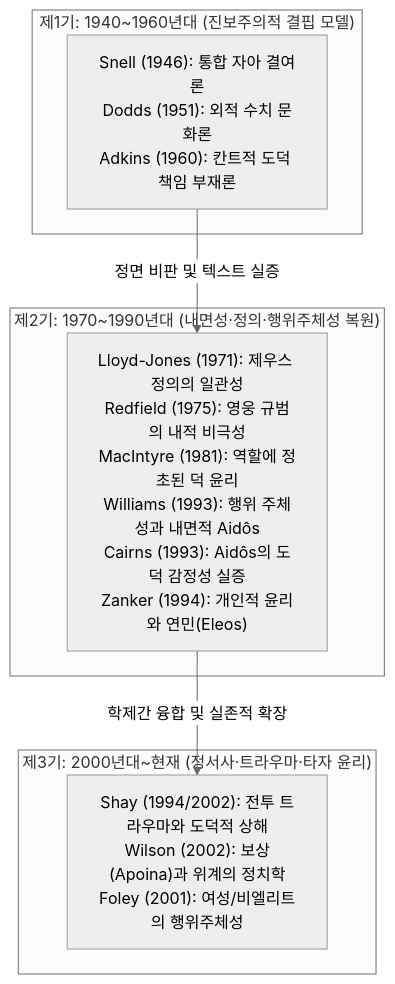
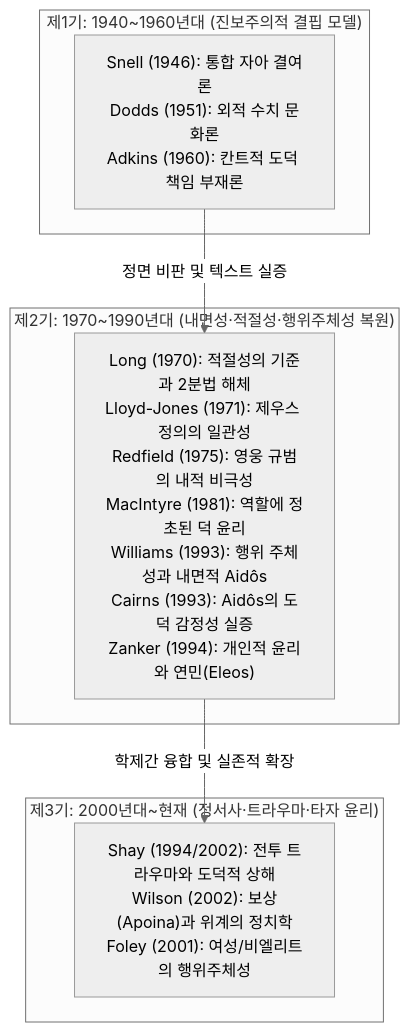
One commit to YgHnSIM/Homer_wiki changed the third of 3 diagrams in wiki/analyses/homeric-ethics-literature-review.md. Above: the diagram before and after it, drawn with Mermaid (neutral theme). The commit also changed other lines of this file and 6 other files, not shown here.

````diff
--- a/wiki/analyses/homeric-ethics-literature-review.md
+++ b/wiki/analyses/homeric-ethics-literature-review.md
@@ -163,17 +164,17 @@
 ```mermaid
 graph TD
     subgraph "제1기: 1940~1960년대 (진보주의적 결핍 모델)"
         P1["Snell (1946): 통합 자아 결여론<br/>Dodds (1951): 외적 수치 문화론<br/>Adkins (1960): 칸트적 도덕 책임 부재론"]
     end
 
-    subgraph "제2기: 1970~1990년대 (내면성·정의·행위주체성 복원)"
-        P2["Lloyd-Jones (1971): 제우스 정의의 일관성<br/>Redfield (1975): 영웅 규범의 내적 비극성<br/>MacIntyre (1981): 역할에 정초된 덕 윤리<br/>Williams (1993): 행위 주체성과 내면적 Aidôs<br/>Cairns (1993): Aidôs의 도덕 감정성 실증<br/>Zanker (1994): 개인적 윤리와 연민(Eleos)"]
+    subgraph "제2기: 1970~1990년대 (내면성·적절성·행위주체성 복원)"
+        P2["Long (1970): 적절성의 기준과 2분법 해체<br/>Lloyd-Jones (1971): 제우스 정의의 일관성<br/>Redfield (1975): 영웅 규범의 내적 비극성<br/>MacIntyre (1981): 역할에 정초된 덕 윤리<br/>Williams (1993): 행위 주체성과 내면적 Aidôs<br/>Cairns (1993): Aidôs의 도덕 감정성 실증<br/>Zanker (1994): 개인적 윤리와 연민(Eleos)"]
     end
 
     subgraph "제3기: 2000년대~현재 (정서사·트라우마·타자 윤리)"
         P3["Shay (1994/2002): 전투 트라우마와 도덕적 상해<br/>Wilson (2002): 보상(Apoina)과 위계의 정치학<br/>Foley (2001): 여성/비엘리트의 행위주체성"]
     end
 
     P1 -->|정면 비판 및 텍스트 실증| P2
     P2 -->|학제간 융합 및 실존적 확장| P3
 ```
````
